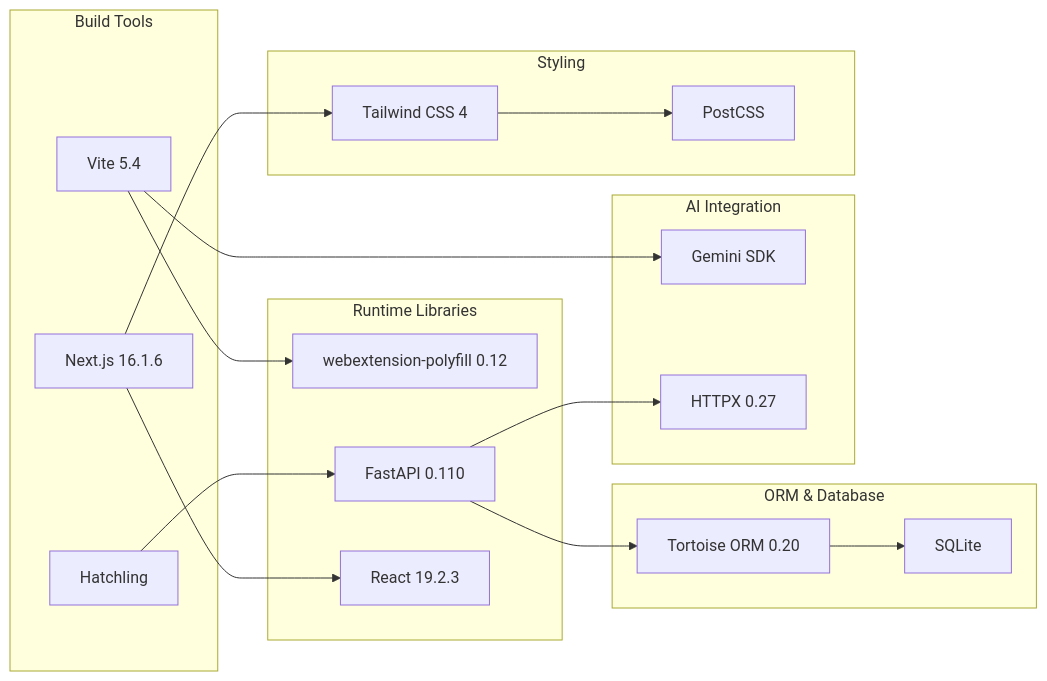
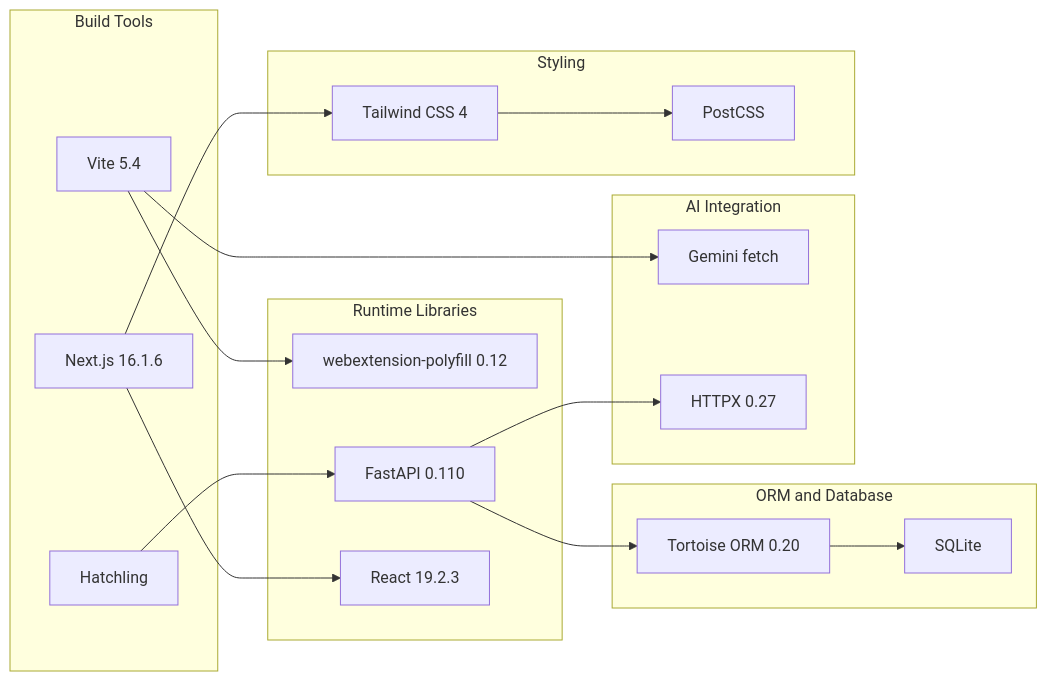
One commit to tashifkhan/tashif.codes changed the sixth of 6 diagrams in src/data/docs/mooc-utils/Project Overview/Technology Stack.md. Above: the diagram before and after it, drawn with Mermaid. The commit also changed other lines of this file and 2128 other files, not shown here.

First line of the commit message:
docs: replace raster diagram images with native Mermaid across project guides

````diff
--- a/src/data/docs/mooc-utils/Project Overview/Technology Stack.md
+++ b/src/data/docs/mooc-utils/Project Overview/Technology Stack.md
@@ -181,34 +152,34 @@
 ```mermaid
 graph LR
 subgraph "Build Tools"
 VITE[Vite 5.4]
 NEXT[Next.js 16.1.6]
 PYBUILD[Hatchling]
 end
 subgraph "Runtime Libraries"
 WEBEXT[webextension-polyfill 0.12]
 FASTAPI[FastAPI 0.110]
 REACT[React 19.2.3]
 end
-subgraph "ORM & Database"
+subgraph "ORM and Database"
 TORTOISE[Tortoise ORM 0.20]
 SQLITE[SQLite]
 end
 subgraph "AI Integration"
-GEMINI[Gemini SDK]
+GEMINI[Gemini fetch]
 HTTPX[HTTPX 0.27]
 end
 subgraph "Styling"
 TAILWIND[Tailwind CSS 4]
 POSTCSS[PostCSS]
 end
 VITE --> WEBEXT
 NEXT --> REACT
 PYBUILD --> FASTAPI
 FASTAPI --> TORTOISE
 TORTOISE --> SQLITE
 VITE --> GEMINI
 FASTAPI --> HTTPX
 NEXT --> TAILWIND
 TAILWIND --> POSTCSS
 ```
````
